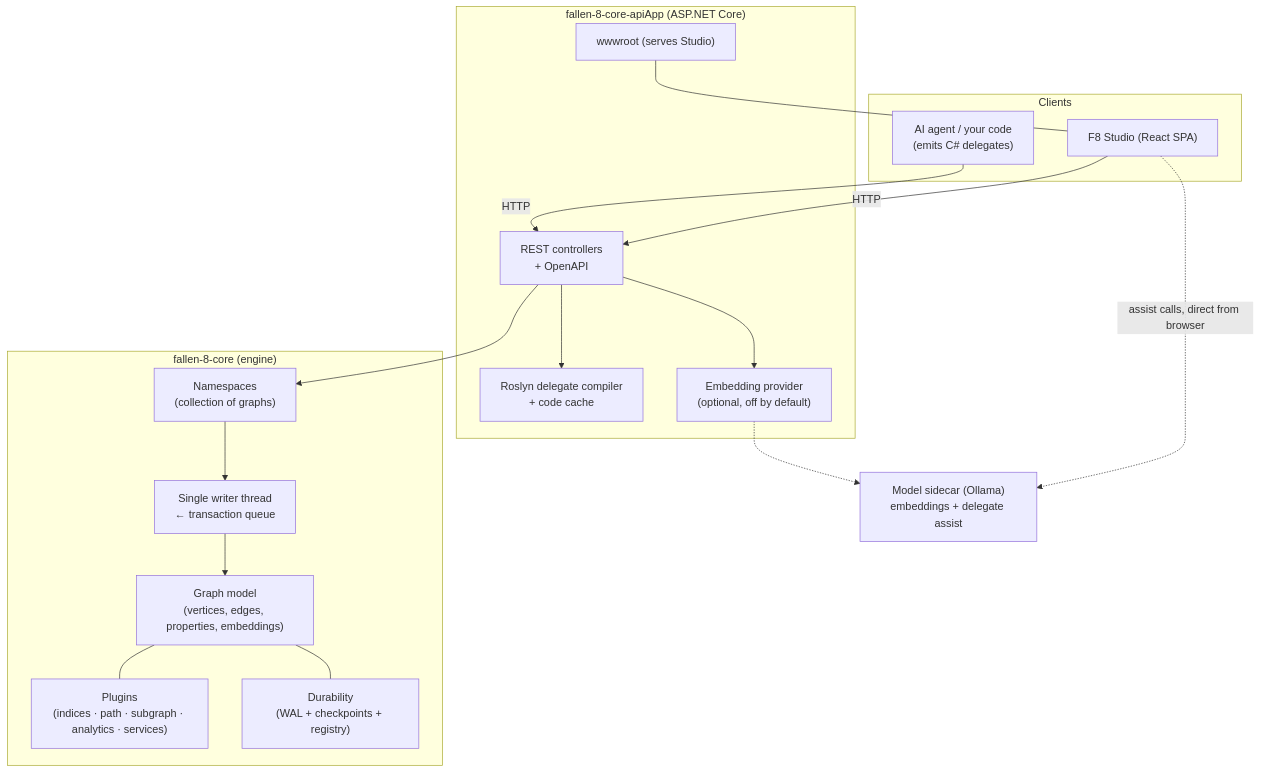
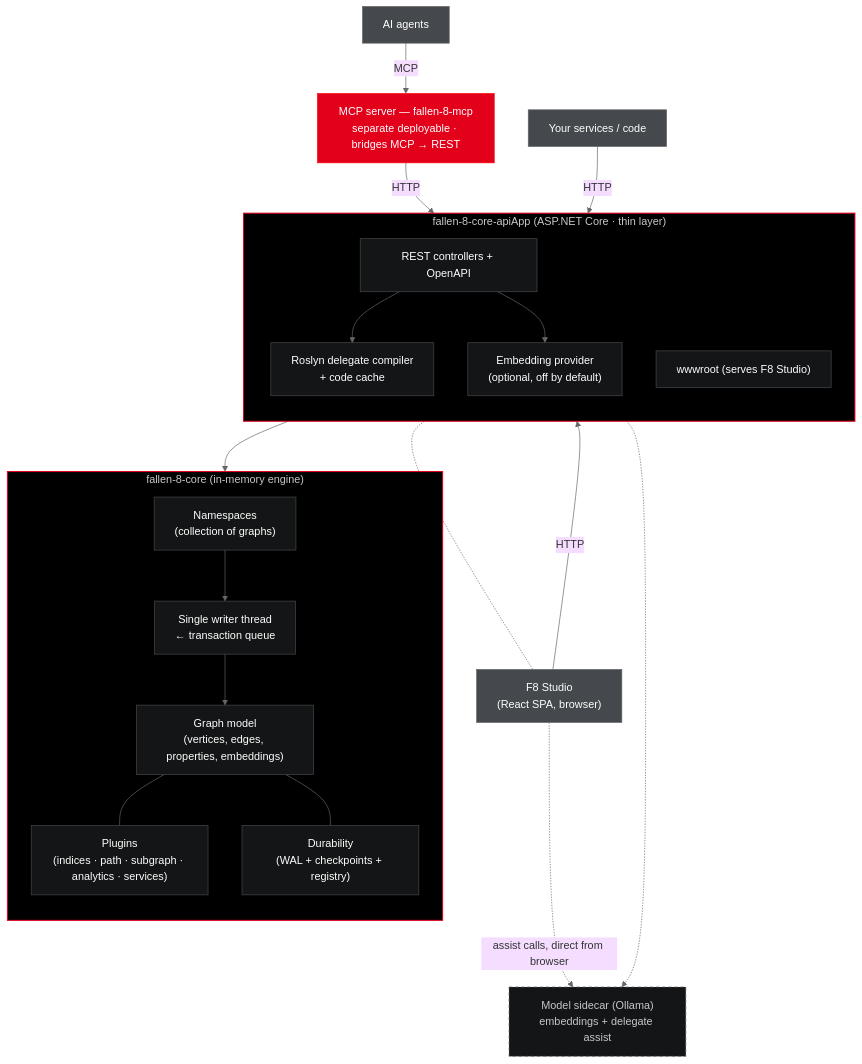
Before and after one commit to cosh/fallen-8-core: the diagram in docs/architecture.md, drawn with Mermaid. The commit also changed other lines of this file and 3 other files, not shown here.

First line of the commit message:
docs: correct and rebrand the architecture diagrams

````diff
--- a/docs/architecture.md
+++ b/docs/architecture.md
@@ -8,33 +9,47 @@
 ```mermaid
+%%{init: {'theme':'base','themeVariables':{'fontFamily':'ui-monospace, SFMono-Regular, Menlo, Consolas, monospace','lineColor':'#666666'}}}%%
 flowchart TB
-    subgraph client["Clients"]
-        agent["AI agent / your code<br/>(emits C# delegates)"]
-        studio["F8 Studio (React SPA)"]
+    agents["AI agents"]:::client
+    studio["F8 Studio<br/>(React SPA, browser)"]:::client
+    svc["Your services / code"]:::client
+
+    mcp["MCP server — fallen-8-mcp<br/>separate deployable · bridges MCP → REST"]:::mcp
+
+    subgraph app["fallen-8-core-apiApp (ASP.NET Core · thin layer)"]
+        direction TB
+        rest["REST controllers + OpenAPI"]:::sys
+        roslyn["Roslyn delegate compiler<br/>+ code cache"]:::sys
+        embed["Embedding provider<br/>(optional, off by default)"]:::sys
+        wwwroot["wwwroot (serves F8 Studio)"]:::sys
     end
-    subgraph app["fallen-8-core-apiApp (ASP.NET Core)"]
-        rest["REST controllers<br/>+ OpenAPI"]
-        roslyn["Roslyn delegate compiler<br/>+ code cache"]
-        embed["Embedding provider<br/>(optional, off by default)"]
-        wwwroot["wwwroot (serves Studio)"]
+    subgraph engine["fallen-8-core (in-memory engine)"]
+        direction TB
+        ns["Namespaces<br/>(collection of graphs)"]:::sys
+        writer["Single writer thread<br/>← transaction queue"]:::sys
+        model["Graph model<br/>(vertices, edges, properties, embeddings)"]:::sys
+        plugins["Plugins<br/>(indices · path · subgraph · analytics · services)"]:::sys
+        durab["Durability<br/>(WAL + checkpoints + registry)"]:::sys
     end
-    subgraph engine["fallen-8-core (engine)"]
-        ns["Namespaces<br/>(collection of graphs)"]
-        writer["Single writer thread<br/>← transaction queue"]
-        model["Graph model<br/>(vertices, edges, properties, embeddings)"]
-        plugins["Plugins<br/>(indices · path · subgraph · analytics · services)"]
-        durab["Durability<br/>(WAL + checkpoints + registry)"]
-    end
-    sidecar["Model sidecar (Ollama)<br/>embeddings + delegate assist"]
+    sidecar["Model sidecar (Ollama)<br/>embeddings + delegate assist"]:::ext
 
-    agent -->|HTTP| rest
+    agents -->|MCP| mcp
+    mcp -->|HTTP| rest
     studio -->|HTTP| rest
+    svc -->|HTTP| rest
     studio -.->|assist calls, direct from browser| sidecar
-    wwwroot --- studio
+    wwwroot -.- studio
     rest --> ns
     rest --> roslyn
     rest --> embed
     embed -.-> sidecar
     ns --> writer --> model
     model --- plugins
     model --- durab
+
+    classDef client fill:#45494D,stroke:#666666,color:#FEFEFE
+    classDef mcp fill:#E2001A,stroke:#FC0606,color:#FEFEFE
+    classDef sys fill:#141516,stroke:#45494D,color:#FEFEFE
+    classDef ext fill:#141516,stroke:#666666,color:#C6C7C8,stroke-dasharray:5 4
+    style app fill:#000000,stroke:#E2001A,stroke-width:1.5px,color:#C6C7C8
+    style engine fill:#000000,stroke:#E2001A,stroke-width:1.5px,color:#C6C7C8
 ```
````
